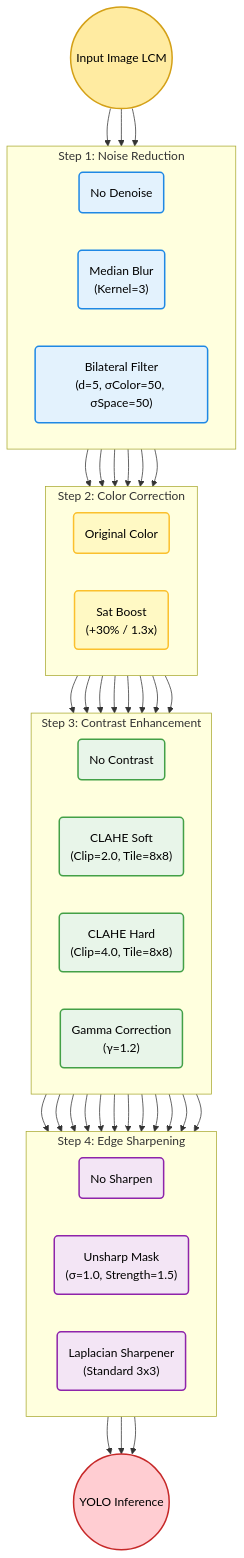
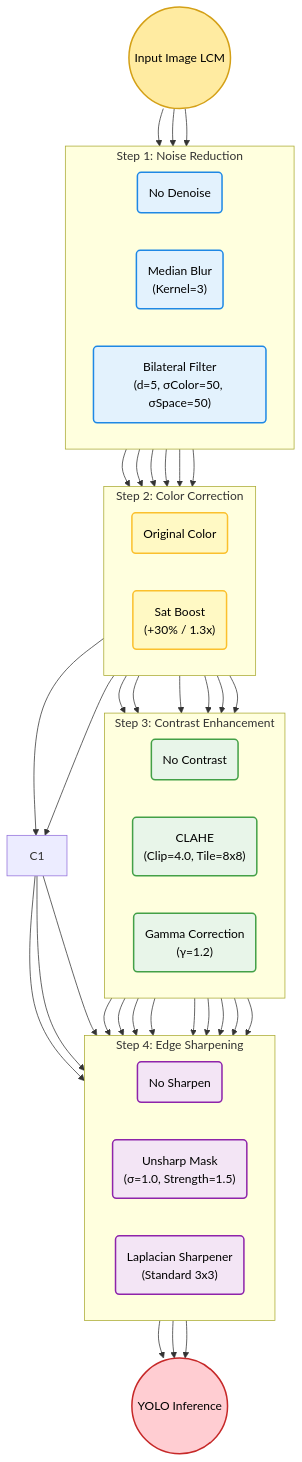
The diagram in resources/tree.mmd (andreolli-davide/filter_learning_framework), drawn with Mermaid before and after one commit. The commit also changed 5 other files, not shown here.

```diff
--- a/resources/tree.mmd
+++ b/resources/tree.mmd
@@ -1,52 +1,51 @@
 graph TD
 
     %% Styles definition
 
     classDef input fill:#ffeba1,stroke:#d4a017,stroke-width:2px,color:#000
     classDef denoise fill:#e3f2fd,stroke:#1e88e5,stroke-width:2px,color:#000
     classDef color fill:#fff9c4,stroke:#fbc02d,stroke-width:2px,color:#000
     classDef contrast fill:#e8f5e9,stroke:#43a047,stroke-width:2px,color:#000
     classDef sharpen fill:#f3e5f5,stroke:#8e24aa,stroke-width:2px,color:#000
     classDef output fill:#ffcdd2,stroke:#c62828,stroke-width:2px,color:#000
 
     %% Nodes
     
     Start((Input Image LCM)):::input
 
     subgraph Layer1 [Step 1: Noise Reduction]
         direction LR
         D0("No Denoise"):::denoise
         D1("Median Blur<br/>(Kernel=3)"):::denoise
         D2("Bilateral Filter<br/>(d=5, σColor=50, σSpace=50)"):::denoise
     end
 
     subgraph Layer2 [Step 2: Color Correction]
         direction LR
         Col0("Original Color"):::color
         Col1("Sat Boost<br/>(+30% / 1.3x)"):::color
     end
 
     subgraph Layer3 [Step 3: Contrast Enhancement]
         direction LR
         C0("No Contrast"):::contrast
-        C1("CLAHE Soft<br/>(Clip=2.0, Tile=8x8)"):::contrast
-        C2("CLAHE Hard<br/>(Clip=4.0, Tile=8x8)"):::contrast
+        C2("CLAHE<br/>(Clip=4.0, Tile=8x8)"):::contrast
         C3("Gamma Correction<br/>(γ=1.2)"):::contrast
     end
 
     subgraph Layer4 [Step 4: Edge Sharpening]
         direction LR
         S0("No Sharpen"):::sharpen
         S1("Unsharp Mask<br/>(σ=1.0, Strength=1.5)"):::sharpen
         S2("Laplacian Sharpener<br/>(Standard 3x3)"):::sharpen
     end
 
     Final((YOLO Inference)):::output
 
     %% Full mesh connections
     
     Start --> D0 & D1 & D2
     D0 & D1 & D2 --> Col0 & Col1
     Col0 & Col1 --> C0 & C1 & C2 & C3
     C0 & C1 & C2 & C3 --> S0 & S1 & S2
     S0 & S1 & S2 --> Final
```
